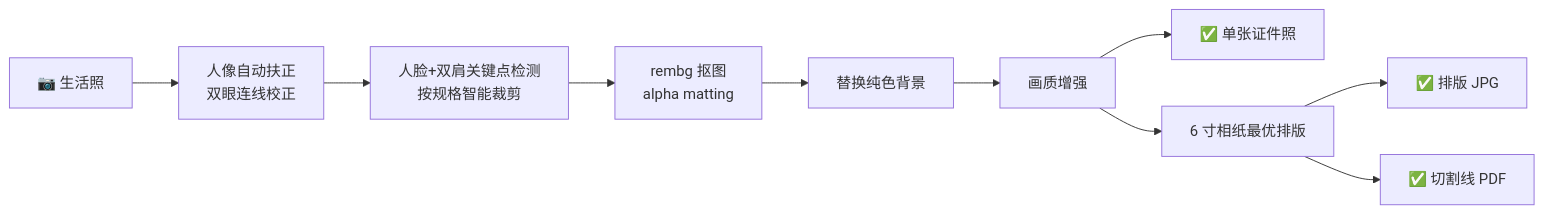
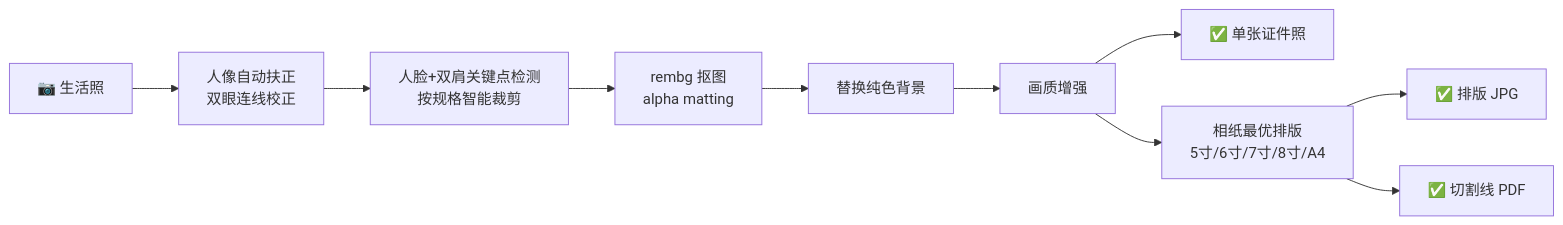
The diagram in README.md (wxlv/photolayout), drawn with Mermaid before and after one commit. The commit also changed other lines of this file and 9 other files, not shown here.

````diff
--- a/README.md
+++ b/README.md
@@ -93,12 +97,12 @@
 ```mermaid
 graph LR
     A[📷 生活照] --> B[人像自动扶正<br/>双眼连线校正]
     B --> C[人脸+双肩关键点检测<br/>按规格智能裁剪]
     C --> D[rembg 抠图<br/>alpha matting]
     D --> E[替换纯色背景]
     E --> F[画质增强]
     F --> G[✅ 单张证件照]
-    F --> H[6 寸相纸最优排版]
+    F --> H[相纸最优排版<br/>5寸/6寸/7寸/8寸/A4]
     H --> I[✅ 排版 JPG]
     H --> J[✅ 切割线 PDF]
 ```
````
